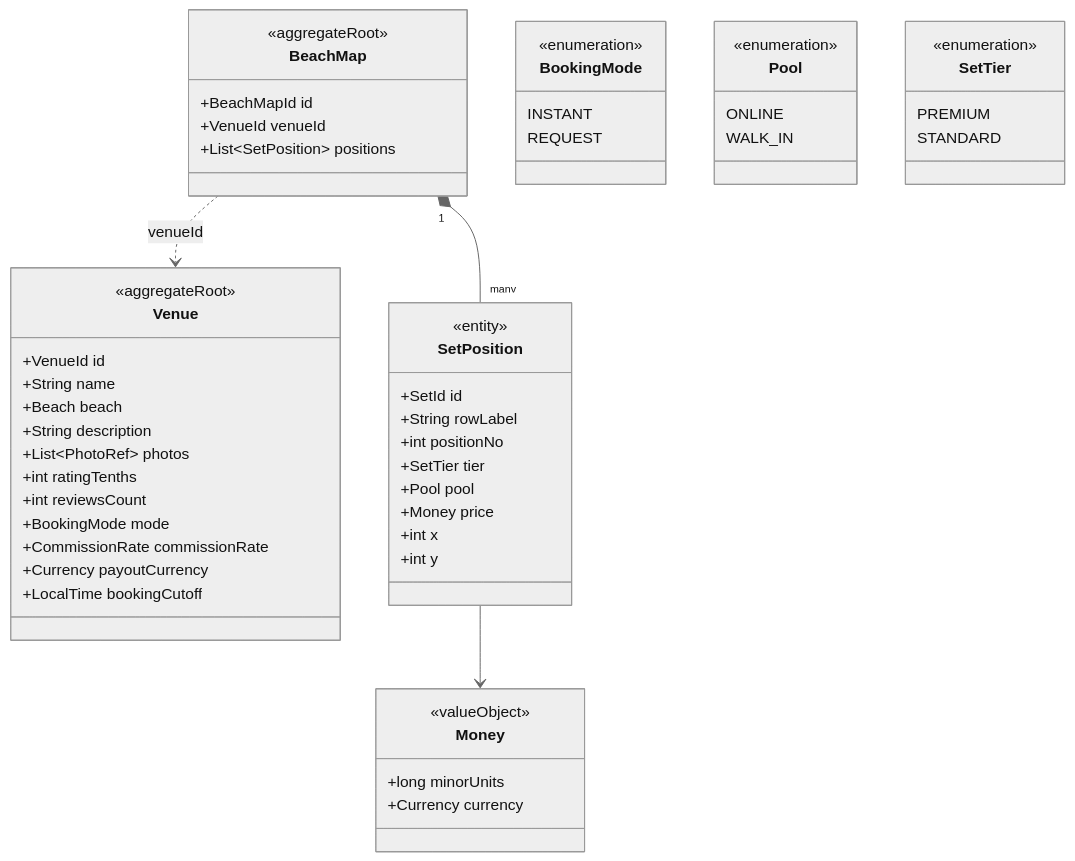
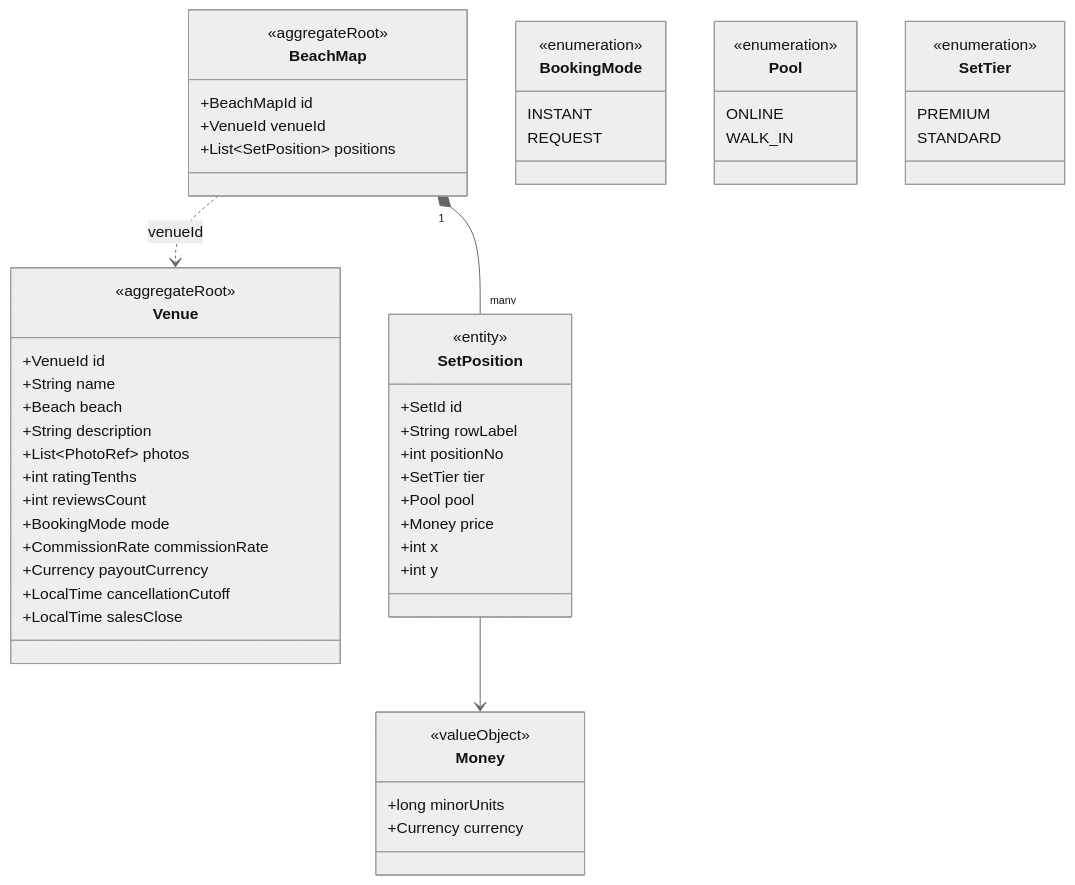
The third of 12 diagrams in docs/architecture/domain-model.md (ivopogace/riviera-sunbed-booking), drawn with Mermaid (neutral theme) before and after one commit. The commit also changed other lines of this file and 39 other files, not shown here.

````diff
--- a/docs/architecture/domain-model.md
+++ b/docs/architecture/domain-model.md
@@ -146,57 +143,58 @@
 ```mermaid
 classDiagram
     class Venue {
         <<aggregateRoot>>
         +VenueId id
         +String name
         +Beach beach
         +String description
         +List~PhotoRef~ photos
         +int ratingTenths
         +int reviewsCount
         +BookingMode mode
         +CommissionRate commissionRate
         +Currency payoutCurrency
-        +LocalTime bookingCutoff
+        +LocalTime cancellationCutoff
+        +LocalTime salesClose
     }
     class BeachMap {
         <<aggregateRoot>>
         +BeachMapId id
         +VenueId venueId
         +List~SetPosition~ positions
     }
     class SetPosition {
         <<entity>>
         +SetId id
         +String rowLabel
         +int positionNo
         +SetTier tier
         +Pool pool
         +Money price
         +int x
         +int y
     }
     class Money {
         <<valueObject>>
         +long minorUnits
         +Currency currency
     }
     class BookingMode {
         <<enumeration>>
         INSTANT
         REQUEST
     }
     class Pool {
         <<enumeration>>
         ONLINE
         WALK_IN
     }
     class SetTier {
         <<enumeration>>
         PREMIUM
         STANDARD
     }
     BeachMap "1" *-- "many" SetPosition
     SetPosition --> Money
     BeachMap ..> Venue : venueId
 ```
````
